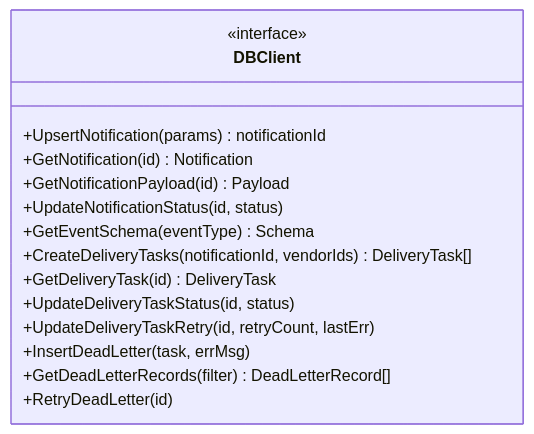
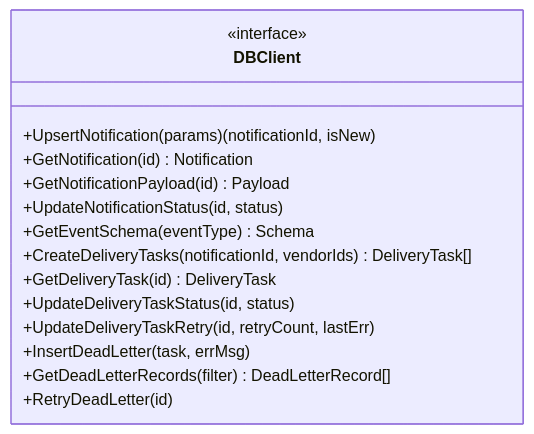
One commit to xnslong/rc_xnslong changed diagram 17 of 20 in doc/requirements/202605-notification-design-dd.md. Above: the diagram before and after it, drawn with Mermaid. The commit also changed other lines of this file, not shown here.

````diff
--- a/doc/requirements/202605-notification-design-dd.md
+++ b/doc/requirements/202605-notification-design-dd.md
@@ -1779,18 +1779,18 @@
 ```mermaid
 classDiagram
     class DBClient {
         <<interface>>
-        +UpsertNotification(params) notificationId
+        +UpsertNotification(params) (notificationId, isNew)
         +GetNotification(id) Notification
         +GetNotificationPayload(id) Payload
         +UpdateNotificationStatus(id, status)
         +GetEventSchema(eventType) Schema
         +CreateDeliveryTasks(notificationId, vendorIds) DeliveryTask[]
         +GetDeliveryTask(id) DeliveryTask
         +UpdateDeliveryTaskStatus(id, status)
         +UpdateDeliveryTaskRetry(id, retryCount, lastErr)
         +InsertDeadLetter(task, errMsg)
         +GetDeadLetterRecords(filter) DeadLetterRecord[]
         +RetryDeadLetter(id)
     }
 ```
````
